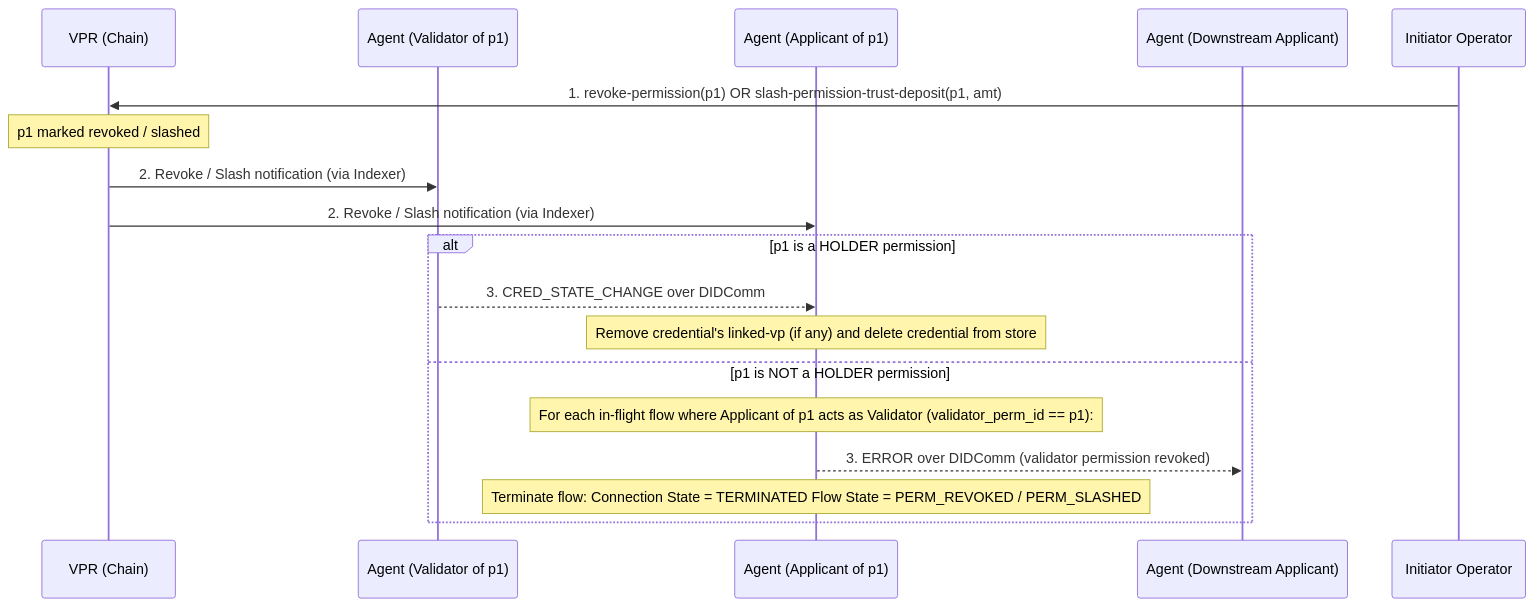
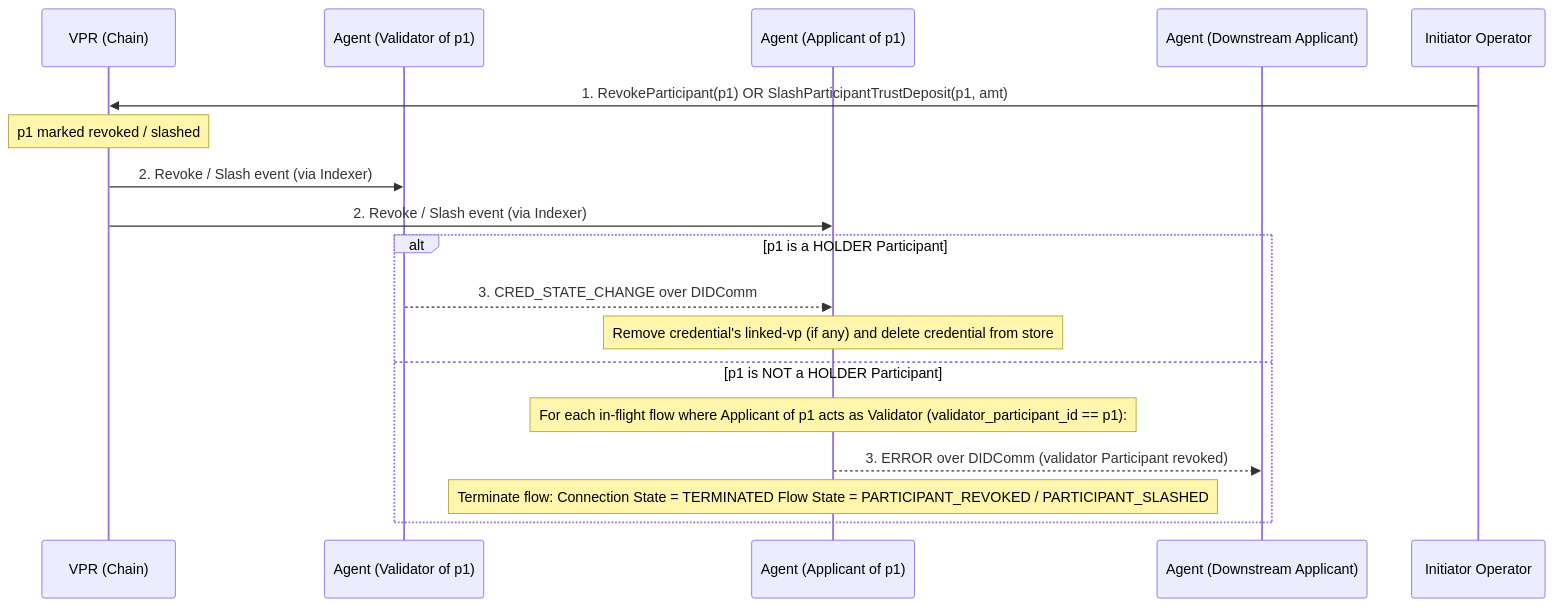
Before and after one commit to verana-labs/verana-spec: the seventh of 10 diagrams in v4/vs-agent/spec.md, drawn with Mermaid. The commit also changed other lines of this file and 3 other files, not shown here.

````diff
--- a/v4/vs-agent/spec.md
+++ b/v4/vs-agent/spec.md
@@ -507,21 +539,21 @@
 ```mermaid
 sequenceDiagram
     participant VPR as VPR (Chain)
     participant Validator as Agent (Validator of p1)
     participant Applicant as Agent (Applicant of p1)
     participant Downstream as Agent (Downstream Applicant)
 
-    Initiator Operator->>VPR: 1. revoke-permission(p1) OR slash-permission-trust-deposit(p1, amt)
+    Initiator Operator->>VPR: 1. RevokeParticipant(p1) OR SlashParticipantTrustDeposit(p1, amt)
     Note over VPR: p1 marked revoked / slashed
-    VPR->>Validator: 2. Revoke / Slash notification (via Indexer)
-    VPR->>Applicant: 2. Revoke / Slash notification (via Indexer)
+    VPR->>Validator: 2. Revoke / Slash event (via Indexer)
+    VPR->>Applicant: 2. Revoke / Slash event (via Indexer)
 
-    alt p1 is a HOLDER permission
+    alt p1 is a HOLDER Participant
         Validator-->>Applicant: 3. CRED_STATE_CHANGE over DIDComm
         Note over Applicant: Remove credential's linked-vp (if any) and delete credential from store
-    else p1 is NOT a HOLDER permission
-        Note over Applicant: For each in-flight flow where Applicant of p1 acts as Validator (validator_perm_id == p1):
-        Applicant-->>Downstream: 3. ERROR over DIDComm (validator permission revoked)
-        Note over Applicant: Terminate flow: Connection State = TERMINATED Flow State = PERM_REVOKED / PERM_SLASHED
+    else p1 is NOT a HOLDER Participant
+        Note over Applicant: For each in-flight flow where Applicant of p1 acts as Validator (validator_participant_id == p1):
+        Applicant-->>Downstream: 3. ERROR over DIDComm (validator Participant revoked)
+        Note over Applicant: Terminate flow: Connection State = TERMINATED Flow State = PARTICIPANT_REVOKED / PARTICIPANT_SLASHED
     end
 ```
````
